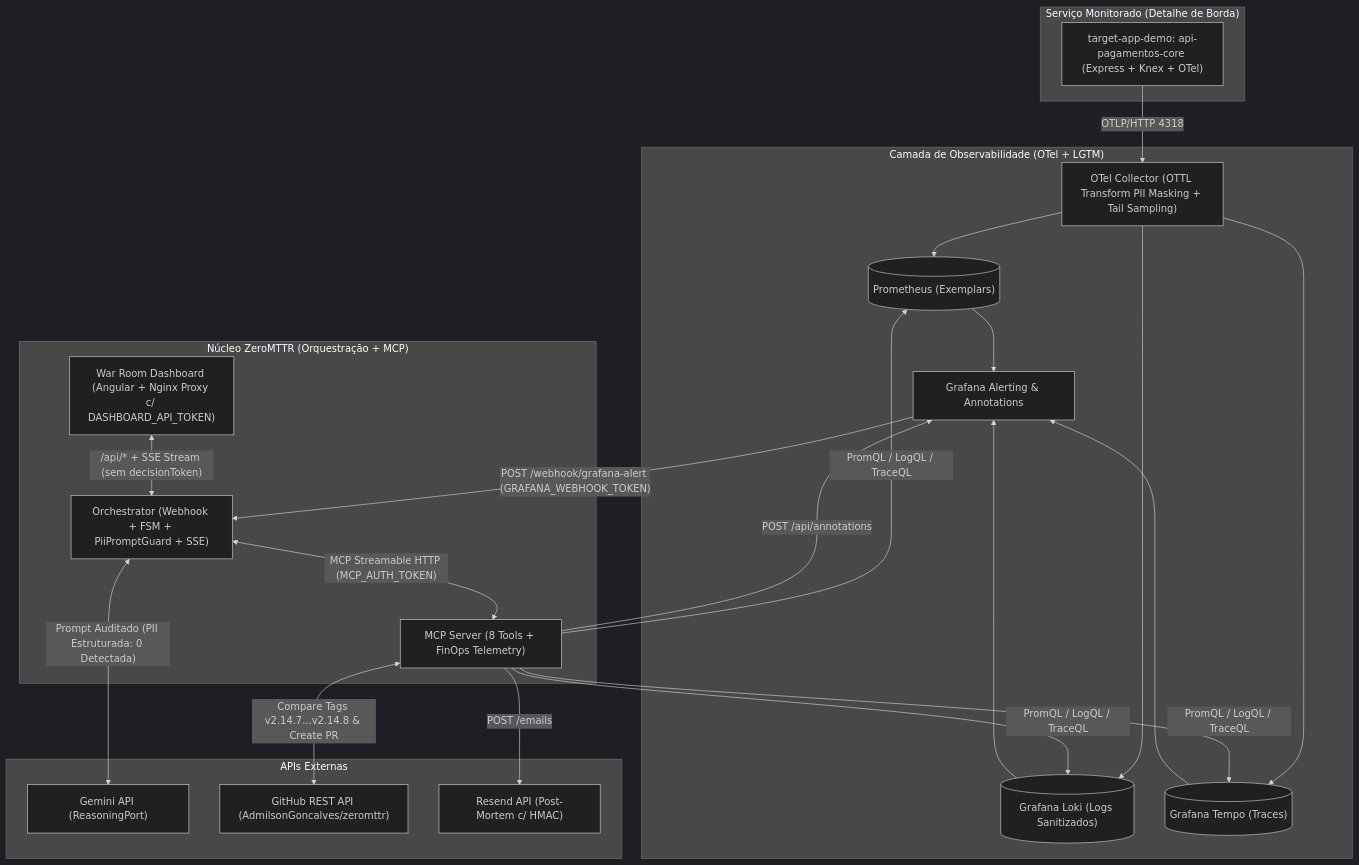
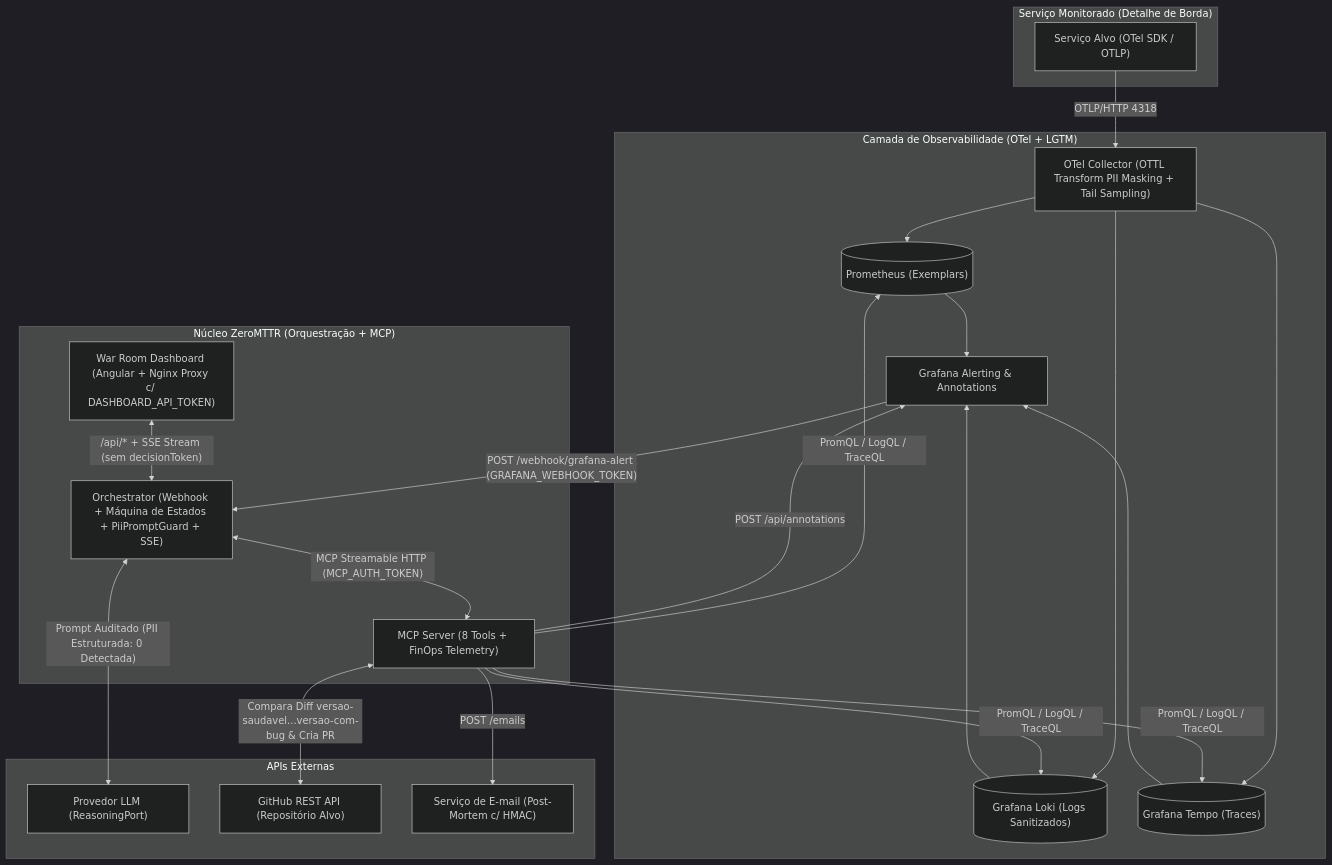
The third of 5 diagrams in docs/pt-BR/00_architecture_master.md (AdmilsonGoncalves/zeromttr), drawn with Mermaid (dark theme) before and after one commit. The commit also changed other lines of this file and 75 other files, not shown here.

````diff
--- a/docs/pt-BR/00_architecture_master.md
+++ b/docs/pt-BR/00_architecture_master.md
@@ -168,38 +169,38 @@
 ```mermaid
 flowchart TD
     subgraph Workload["Serviço Monitorado (Detalhe de Borda)"]
-        DEMO["target-app-demo: api-pagamentos-core (Express + Knex + OTel)"]
+        DEMO["Serviço Alvo (OTel SDK / OTLP)"]
     end
 
     subgraph Observability["Camada de Observabilidade (OTel + LGTM)"]
         OTEL["OTel Collector (OTTL Transform PII Masking + Tail Sampling)"]
         PROM[("Prometheus (Exemplars)")]
         LOKI[("Grafana Loki (Logs Sanitizados)")]
         TEMPO[("Grafana Tempo (Traces)")]
         GRAF["Grafana Alerting & Annotations"]
     end
 
     subgraph ZeroMTTR["Núcleo ZeroMTTR (Orquestração + MCP)"]
         DASH["War Room Dashboard (Angular + Nginx Proxy c/ DASHBOARD_API_TOKEN)"]
-        ORCH["Orchestrator (Webhook + FSM + PiiPromptGuard + SSE)"]
+        ORCH["Orchestrator (Webhook + Máquina de Estados + PiiPromptGuard + SSE)"]
         MCP["MCP Server (8 Tools + FinOps Telemetry)"]
     end
 
     subgraph External["APIs Externas"]
-        LLM["Gemini API (ReasoningPort)"]
-        GH["GitHub REST API (AdmilsonGoncalves/zeromttr)"]
-        RS["Resend API (Post-Mortem c/ HMAC)"]
+        LLM["Provedor LLM (ReasoningPort)"]
+        GH["GitHub REST API (Repositório Alvo)"]
+        RS["Serviço de E-mail (Post-Mortem c/ HMAC)"]
     end
 
     DEMO -->|"OTLP/HTTP 4318"| OTEL
     OTEL --> PROM & LOKI & TEMPO
     PROM & LOKI & TEMPO --> GRAF
     GRAF -->|"POST /webhook/grafana-alert (GRAFANA_WEBHOOK_TOKEN)"| ORCH
     DASH <-->|"/api/* + SSE Stream (sem decisionToken)"| ORCH
     ORCH <-->|"MCP Streamable HTTP (MCP_AUTH_TOKEN)"| MCP
     ORCH <-->|"Prompt Auditado (PII Estruturada: 0 Detectada)"| LLM
     MCP -->|"PromQL / LogQL / TraceQL"| PROM & LOKI & TEMPO
     MCP -->|"POST /api/annotations"| GRAF
-    MCP <-->|"Compare Tags v2.14.7...v2.14.8 & Create PR"| GH
+    MCP <-->|"Compara Diff versao-saudavel...versao-com-bug & Cria PR"| GH
     MCP -->|"POST /emails"| RS
 ```
````
